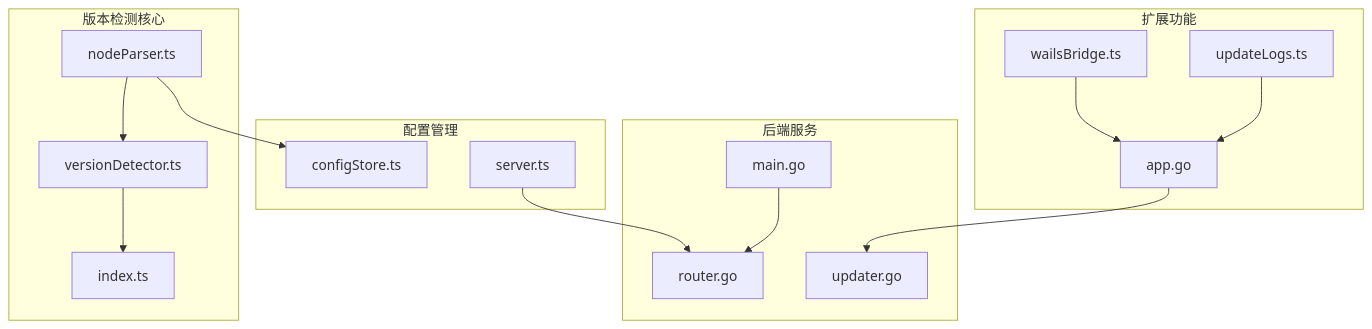
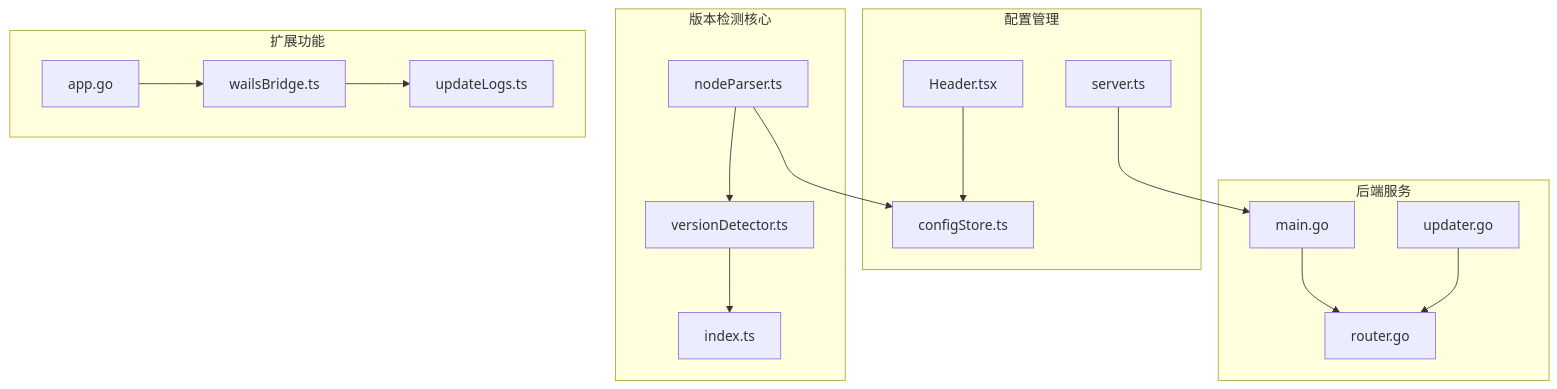
Before and after one commit to kqcoxn/MaaPipelineEditor: the tenth of 10 diagrams in .qoder/repowiki/zh/content/版本检测系统.md, drawn with Mermaid. The commit also changed other lines of this file and 35 other files, not shown here.

````diff
--- a/.qoder/repowiki/zh/content/版本检测系统.md
+++ b/.qoder/repowiki/zh/content/版本检测系统.md
@@ -263,30 +345,32 @@
 ```mermaid
 graph TD
 subgraph "版本检测核心"
 A[versionDetector.ts]
 B[nodeParser.ts]
 C[index.ts]
 end
 subgraph "配置管理"
 D[configStore.ts]
 E[server.ts]
+F[Header.tsx]
 end
 subgraph "后端服务"
-F[main.go]
-G[router.go]
-H[updater.go]
+G[main.go]
+H[router.go]
+I[updater.go]
 end
 subgraph "扩展功能"
-I[app.go]
-J[wailsBridge.ts]
-K[updateLogs.ts]
+J[app.go]
+K[wailsBridge.ts]
+L[updateLogs.ts]
 end
 A --> C
 B --> A
 B --> D
 E --> G
-F --> G
+F --> D
+G --> H
 I --> H
-J --> I
-K --> I
+J --> K
+K --> L
 ```
````
